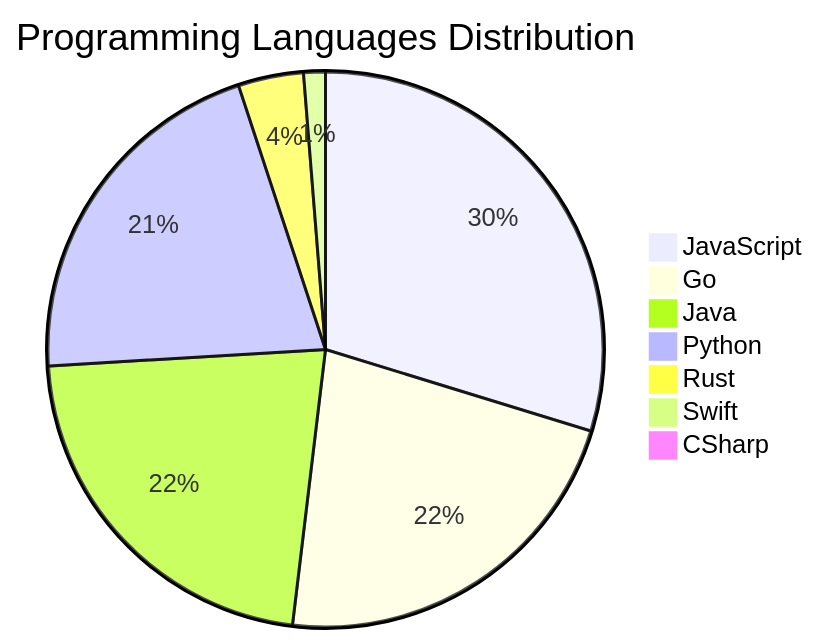
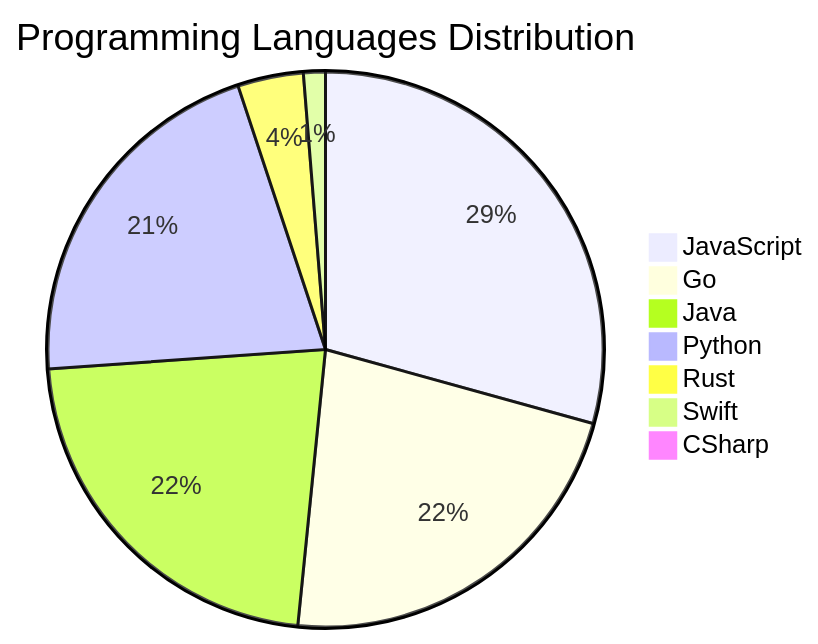
The diagram in README.md (Derrick-MUGISHA/github-activity-bot), drawn with Mermaid before and after one commit. The commit also changed other lines of this file and 4 other files, not shown here.

````diff
--- a/README.md
+++ b/README.md
@@ -207,10 +207,10 @@
 ```mermaid
 pie title Programming Languages Distribution
-    "JavaScript" : 47
+    "JavaScript" : 46
     "Go" : 35
     "Java" : 35
     "Python" : 33
     "Rust" : 6
     "Swift" : 2
     "CSharp" : 1
 ```
````
